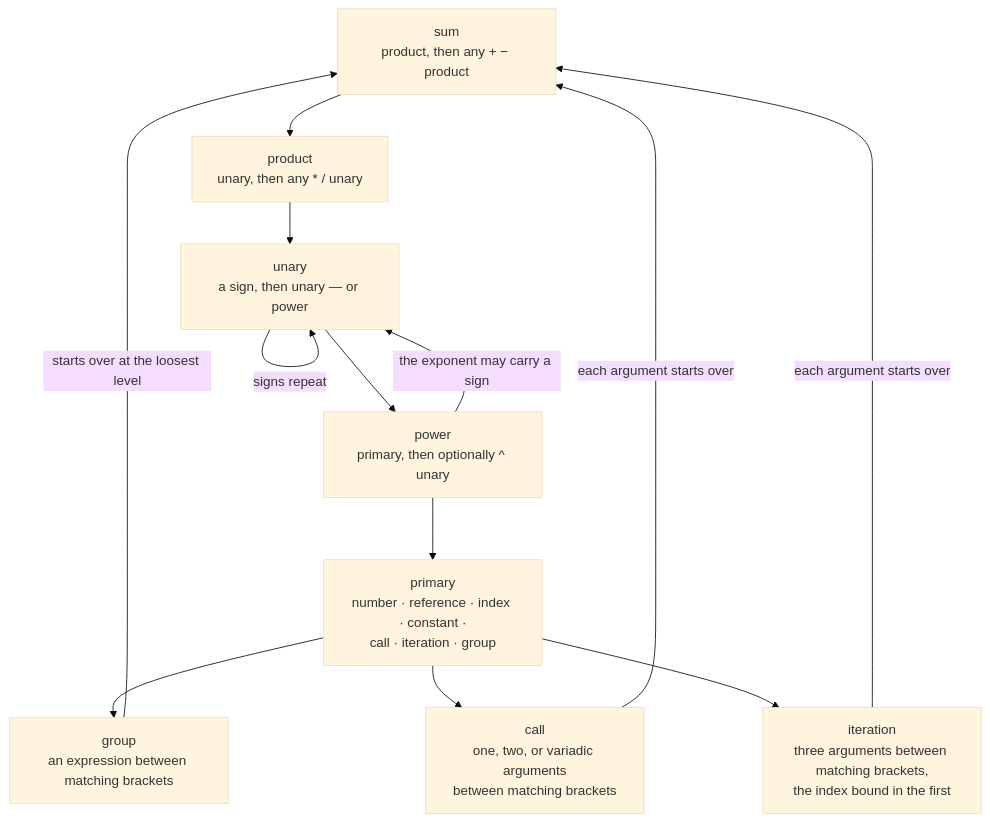
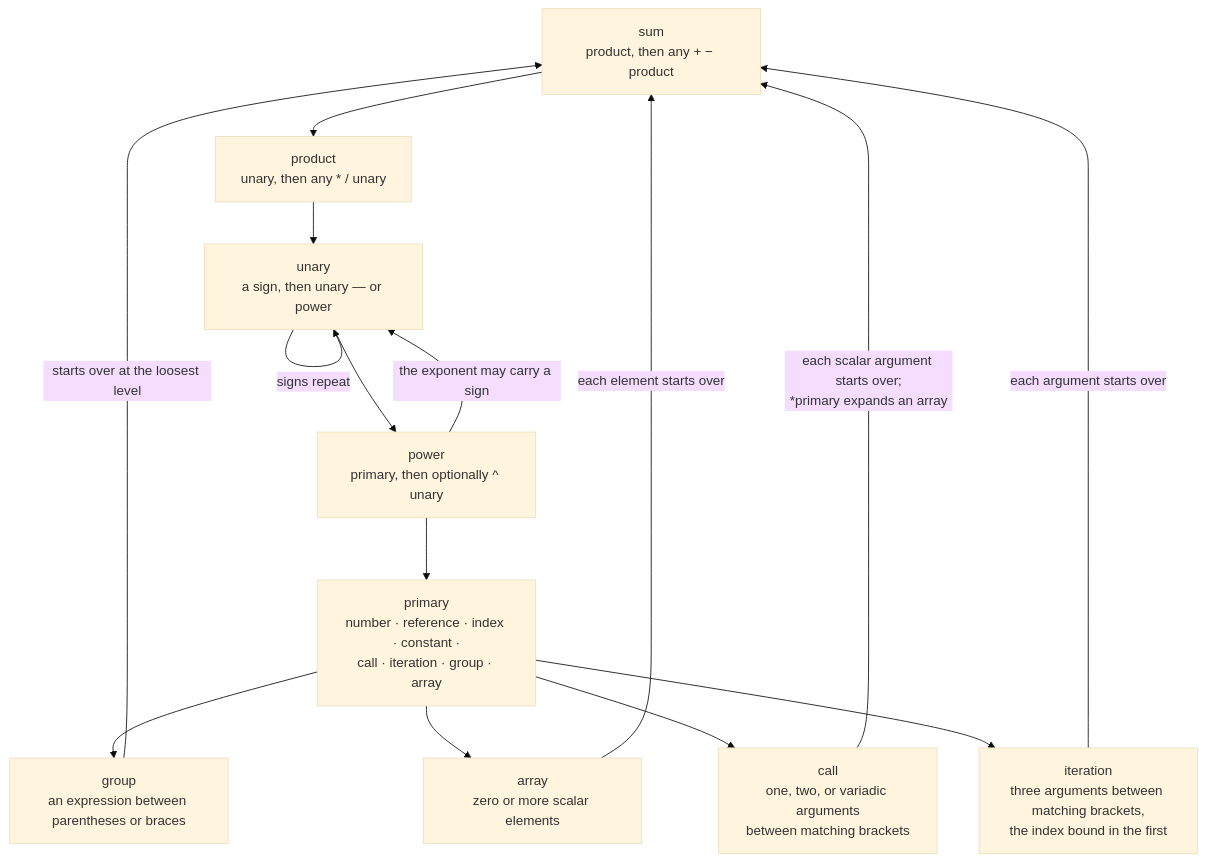
The sixth of 8 diagrams in src/lib/calculator/README.md (awpala/financial-calculators), drawn with Mermaid (base theme) before and after one commit. The commit also changed other lines of this file and 22 other files, not shown here.

````diff
--- a/src/lib/calculator/README.md
+++ b/src/lib/calculator/README.md
@@ -641,15 +682,17 @@
 ```mermaid
 flowchart TD
     SUM["sum<br/>product, then any + − product"] --> PRODUCT["product<br/>unary, then any * / unary"]
     PRODUCT --> UNARY["unary<br/>a sign, then unary — or power"]
     UNARY --> POWER["power<br/>primary, then optionally ^ unary"]
-    POWER --> PRIMARY["primary<br/>number · reference · index · constant ·<br/>call · iteration · group"]
-    PRIMARY --> GROUP["group<br/>an expression between matching brackets"]
+    POWER --> PRIMARY["primary<br/>number · reference · index · constant ·<br/>call · iteration · group · array"]
+    PRIMARY --> GROUP["group<br/>an expression between parentheses or braces"]
+    PRIMARY --> ARRAY["array<br/>zero or more scalar elements"]
     PRIMARY --> CALL["call<br/>one, two, or variadic arguments<br/>between matching brackets"]
     PRIMARY --> ITERATION["iteration<br/>three arguments between matching brackets,<br/>the index bound in the first"]
     GROUP -- "starts over at the loosest level" --> SUM
-    CALL -- "each argument starts over" --> SUM
+    ARRAY -- "each element starts over" --> SUM
+    CALL -- "each scalar argument starts over;<br/>*primary expands an array" --> SUM
     ITERATION -- "each argument starts over" --> SUM
     POWER -- "the exponent may carry a sign" --> UNARY
     UNARY -- "signs repeat" --> UNARY
 ```
````
